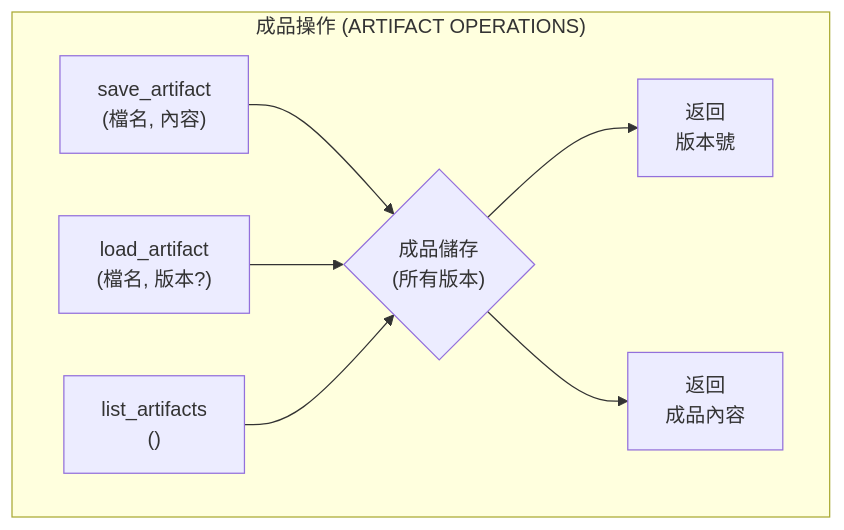
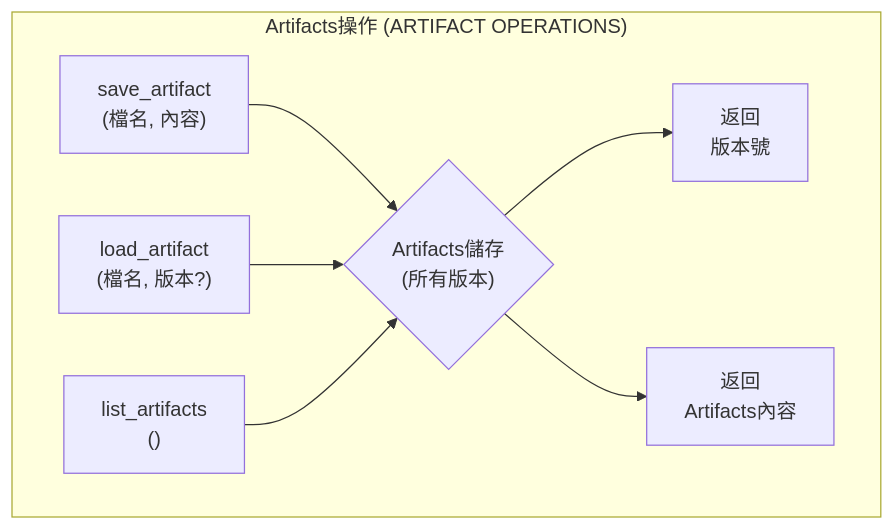
Before and after one commit to lastingyeh/google-adk-study: the fifth of 8 diagrams in workspace/notes/google-adk-training-hub/adk_training/19-artifacts_files.md, drawn with Mermaid. The commit also changed other lines of this file and 9 other files, not shown here.

````diff
--- a/workspace/notes/google-adk-training-hub/adk_training/19-artifacts_files.md
+++ b/workspace/notes/google-adk-training-hub/adk_training/19-artifacts_files.md
@@ -311,12 +311,12 @@
 ```mermaid
 graph TD
-    subgraph "成品操作 (ARTIFACT OPERATIONS)"
-        A["save_artifact<br/>(檔名, 內容)"] --> B{"成品儲存<br/>(所有版本)"}
+    subgraph "Artifacts操作 (ARTIFACT OPERATIONS)"
+        A["save_artifact<br/>(檔名, 內容)"] --> B{"Artifacts儲存<br/>(所有版本)"}
         B --> C["返回<br/>版本號"]
 
         D["load_artifact<br/>(檔名, 版本?)"] --> B
-        B --> E["返回<br/>成品內容"]
+        B --> E["返回<br/>Artifacts內容"]
 
         F["list_artifacts<br/>()"] --> B
     end
 ```
````
